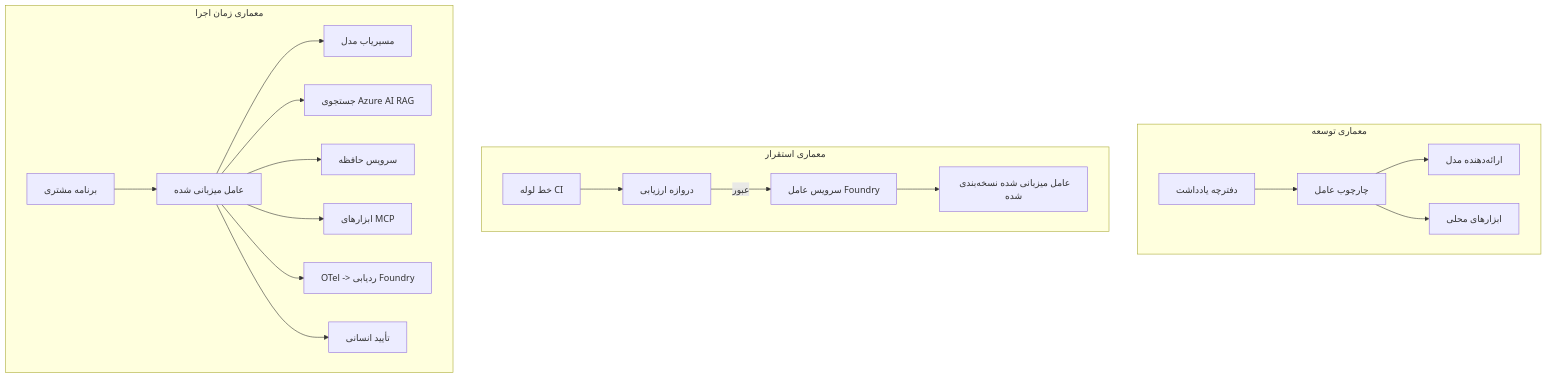
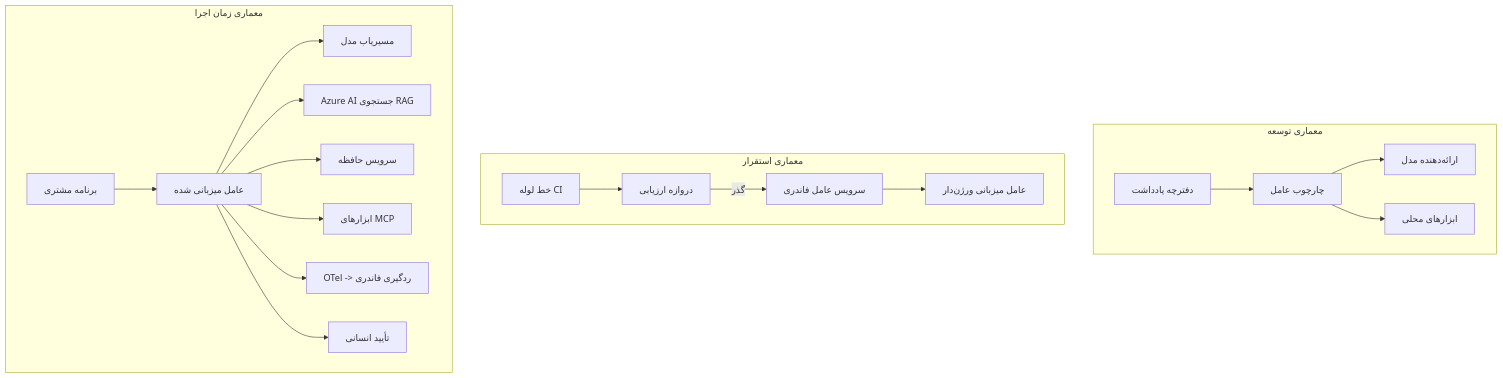
The fourth of 4 diagrams in mirrors/repos/microsoft@ai-agents-for-beginners/translations/fa/16-deploying-scalable-agents/README.md (gabrielmoreira/agent-skills-mirror), drawn with Mermaid before and after one commit. The commit also changed other lines of this file and 3581 other files, not shown here.

````diff
--- a/mirrors/repos/microsoft@ai-agents-for-beginners/translations/fa/16-deploying-scalable-agents/README.md
+++ b/mirrors/repos/microsoft@ai-agents-for-beginners/translations/fa/16-deploying-scalable-agents/README.md
@@ -185,22 +185,22 @@
 ```mermaid
 flowchart TB
     subgraph Dev[معماری توسعه]
         D1[دفترچه یادداشت] --> D2[چارچوب عامل]
         D2 --> D3[ارائه‌دهنده مدل]
         D2 --> D4[ابزارهای محلی]
     end
     subgraph Deploy[معماری استقرار]
         E1[خط لوله CI] --> E2[دروازه ارزیابی]
-        E2 -->|عبور| E3[سرویس عامل Foundry]
-        E3 --> E4[عامل میزبانی شده نسخه‌بندی شده]
+        E2 -->|گذر| E3[سرویس عامل فاندری]
+        E3 --> E4[عامل میزبانی ورژن‌دار]
     end
     subgraph Run[معماری زمان اجرا]
         F1[برنامه مشتری] --> F2[عامل میزبانی شده]
         F2 --> F3[مسیریاب مدل]
-        F2 --> F4[جستجوی Azure AI RAG]
+        F2 --> F4[Azure AI جستجوی RAG]
         F2 --> F5[سرویس حافظه]
         F2 --> F6[ابزارهای MCP]
-        F2 --> F7[OTel -> ردیابی Foundry]
+        F2 --> F7[OTel -> ردگیری فاندری]
         F2 --> F8[تأیید انسانی]
     end
 ```
````
